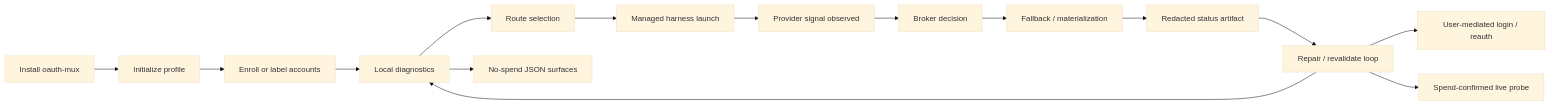
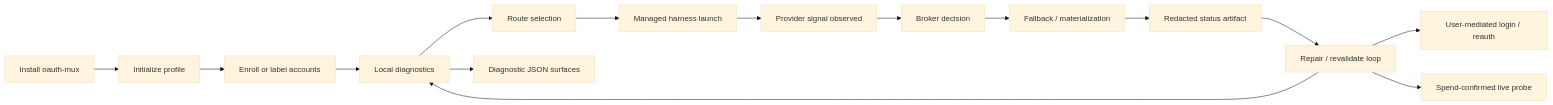
One commit to Jesssullivan/oauth-mux changed the first of 4 diagrams in docs/lifecycle.md. Above: the diagram before and after it, drawn with Mermaid (base theme). The commit also changed other lines of this file and 38 other files, not shown here.

Commit message:
Replace no-spend wording with diagnostic terminology

````diff
--- a/docs/lifecycle.md
+++ b/docs/lifecycle.md
@@ -11,18 +11,18 @@
 ```mermaid
 flowchart LR
     install["Install oauth-mux"] --> init["Initialize profile"]
     init --> enroll["Enroll or label accounts"]
     enroll --> diagnostics["Local diagnostics"]
     diagnostics --> route["Route selection"]
     route --> launch["Managed harness launch"]
     launch --> observe["Provider signal observed"]
     observe --> decide["Broker decision"]
     decide --> fallback["Fallback / materialization"]
     fallback --> artifact["Redacted status artifact"]
     artifact --> repair["Repair / revalidate loop"]
     repair --> diagnostics
 
-    diagnostics --> noSpend["No-spend JSON surfaces"]
+    diagnostics --> noSpend["Diagnostic JSON surfaces"]
     repair --> userHandoff["User-mediated login / reauth"]
     repair --> liveProbe["Spend-confirmed live probe"]
 ```
````
